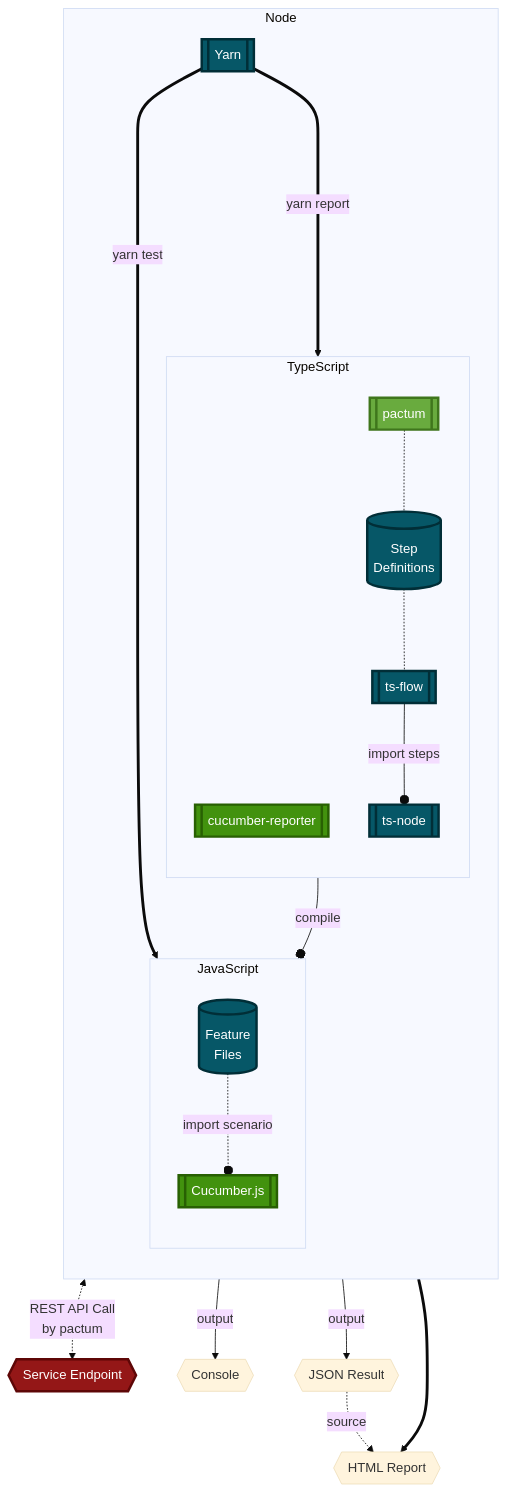
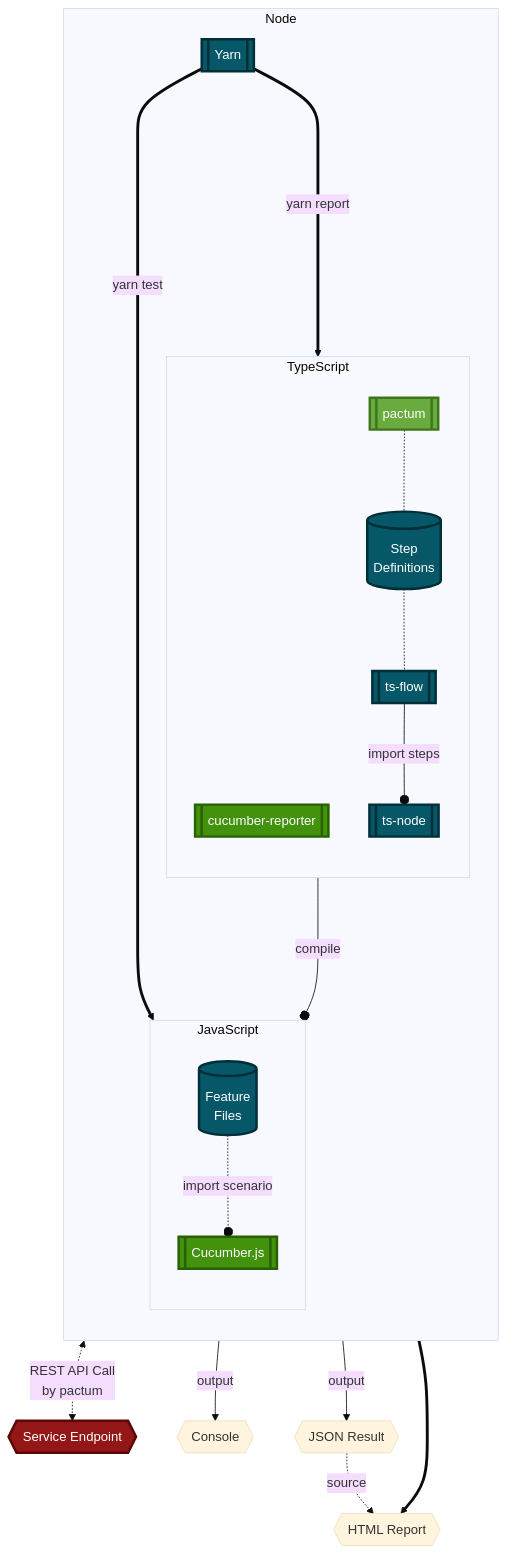
One commit to ddongEee/day1 changed the second of 3 diagrams in README.TECH.md. Above: the diagram before and after it, drawn with Mermaid (base theme). The commit also changed other lines of this file, not shown here.

````diff
--- a/README.TECH.md
+++ b/README.TECH.md
@@ -66,45 +70,45 @@
 ```mermaid
 %%{ init: { "fontFamily": "Noto Sans KR, sans-serif" } }%%
 flowchart TB
   %% Style
   classDef Role color:#050505,fill:#fad7ac,stroke:#be7a26,stroke-width:3px
   classDef Support color:#ffffff,fill:#065767,stroke:#012e37,stroke-width:3px
   classDef Core color:#ffffff,fill:#69ab3e,stroke:#3f761c,stroke-width:3px
   classDef Process color:#ffffff,fill:#42920e,stroke:#286003,stroke-width:3px
   classDef Target color:#ffffff,fill:#941717,stroke:#5e0707,stroke-width:3px
 
   %% Group
   Endpoint{{ Service Endpoint }}:::Target
   subgraph Node
     direction TB
     Yarn[[ Yarn ]]:::Support
     subgraph TypeScript
       direction TB
       REPORTER[[ cucumber-reporter ]]:::Process
       TSFLOW[[ ts-flow ]]:::Support
       Steps[( Step\nDefinitions )]:::Support
       Pactum[[ pactum ]]:::Core
       TSNODE[[ ts-node ]]:::Support
     end
     subgraph JavaScript
       direction TB
       Cucumber[[ Cucumber.js ]]:::Process
       Feature[( Feature\nFiles )]:::Support
     end
   end
   CONSOLE{{ Console }}
   RESULT{{ JSON Result }}
   REPORT{{ HTML Report }}
 
   %% Link
 
   Yarn ==>|yarn test| Cucumber
   Feature -.-o|import scenario| Cucumber
   Pactum -.- Steps
-  Steps -.- TSFLOW --o|import steps| TSNODE --o|compile| Cucumber
+  Steps -.- TSFLOW --o|import steps| TSNODE ---o|compile| Cucumber
 
   Cucumber <-.->|REST API Call \n by pactum| Endpoint
   Cucumber -->|output| CONSOLE & RESULT
   RESULT -.->|source| REPORT
   Yarn =====>|yarn report| REPORTER ==> REPORT
 ```
````
